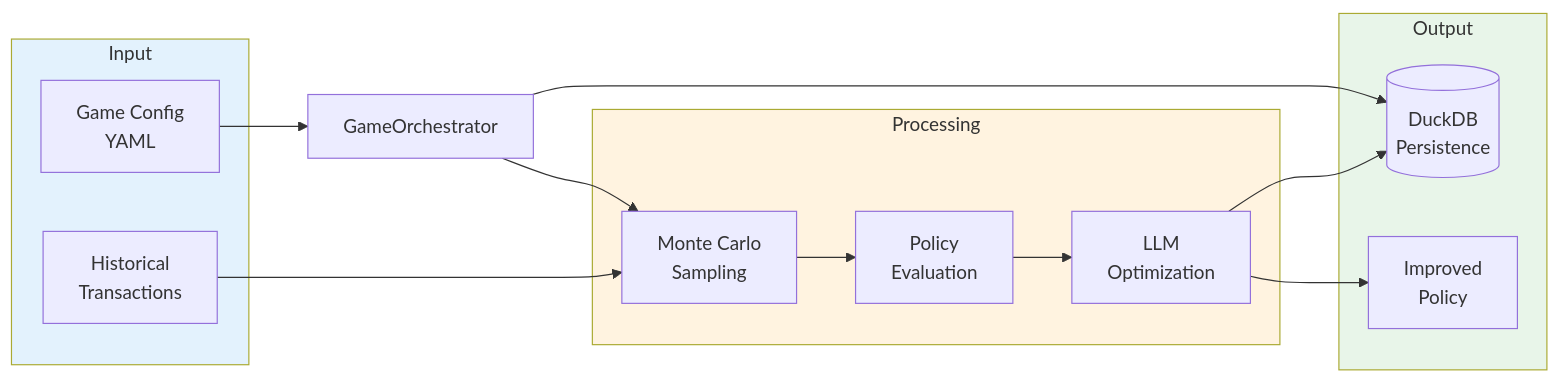
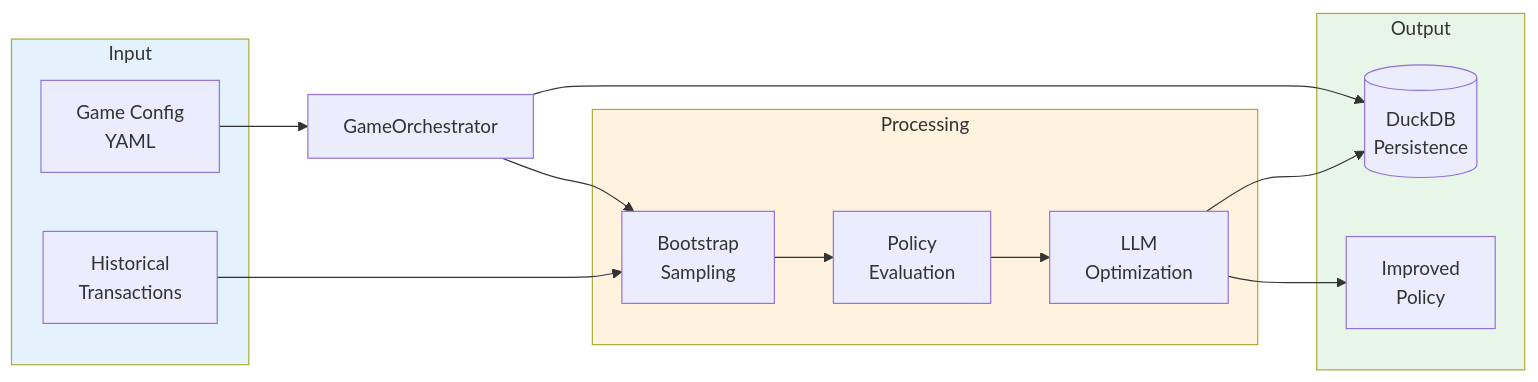
The second of 2 diagrams in docs/reference/ai_cash_mgmt/index.md (aerugo/SimCash), drawn with Mermaid before and after one commit. The commit also changed other lines of this file and 9 other files, not shown here.

````diff
--- a/docs/reference/ai_cash_mgmt/index.md
+++ b/docs/reference/ai_cash_mgmt/index.md
@@ -98,31 +98,31 @@
 ```mermaid
 flowchart LR
     subgraph Input
         YAML[Game Config<br/>YAML]
         TX[Historical<br/>Transactions]
     end
 
     subgraph Processing
-        Sample[Monte Carlo<br/>Sampling]
+        Sample[Bootstrap<br/>Sampling]
         Eval[Policy<br/>Evaluation]
         Opt[LLM<br/>Optimization]
     end
 
     subgraph Output
         Policy[Improved<br/>Policy]
         DB[(DuckDB<br/>Persistence)]
     end
 
     YAML --> GO[GameOrchestrator]
     TX --> Sample
     GO --> Sample
     Sample --> Eval
     Eval --> Opt
     Opt --> Policy
     GO --> DB
     Opt --> DB
 
     style Input fill:#e3f2fd
     style Processing fill:#fff3e0
     style Output fill:#e8f5e9
 ```
````
